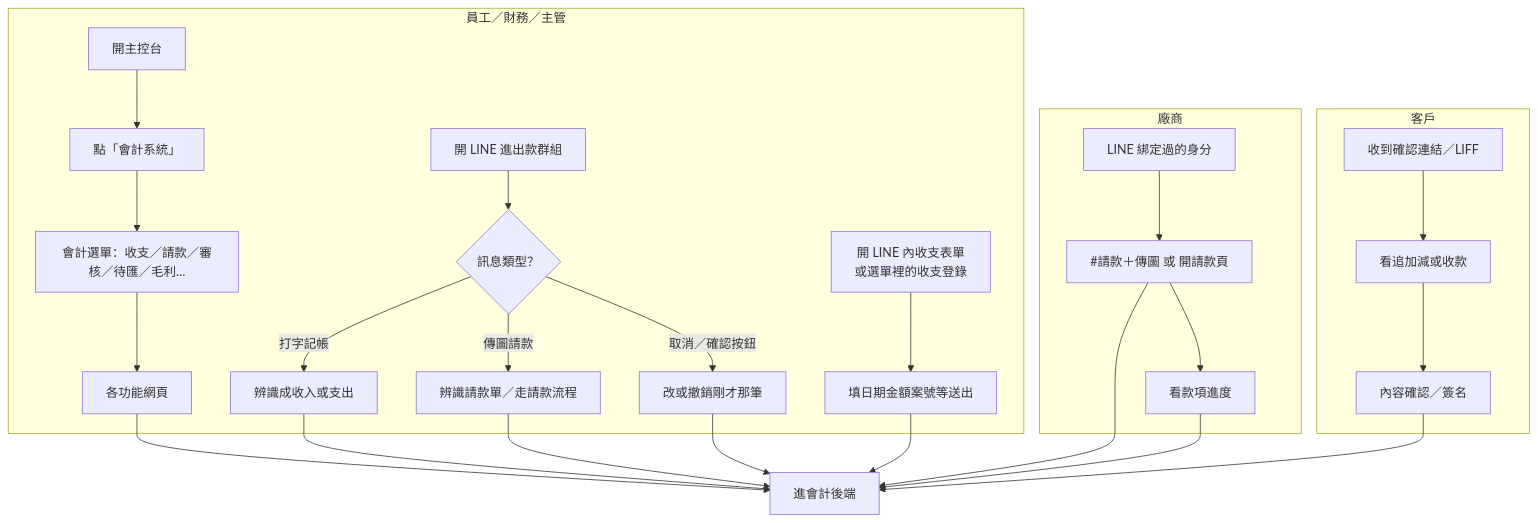
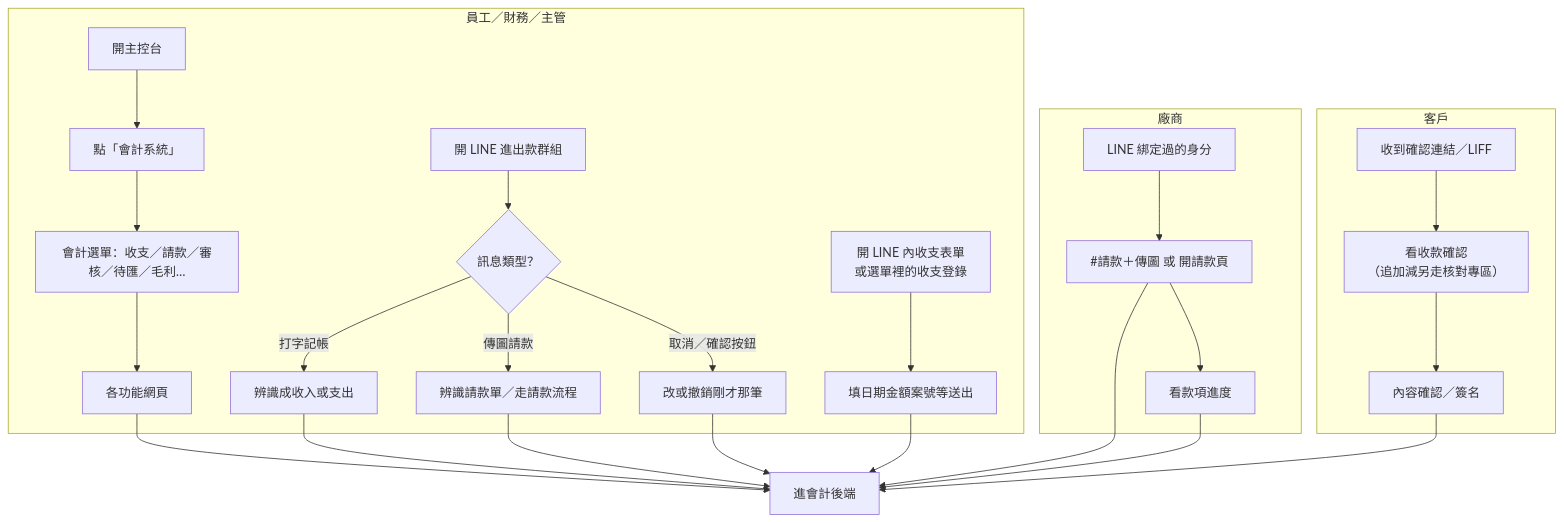
One commit to nephi4377/liff-checkin changed the second of 8 diagrams in SPEC/會計系統架構圖.md. Above: the diagram before and after it, drawn with Mermaid. The commit also changed other lines of this file and 23 other files, not shown here.

````diff
--- a/SPEC/會計系統架構圖.md
+++ b/SPEC/會計系統架構圖.md
@@ -94,26 +94,26 @@
 ```mermaid
 flowchart TB
   subgraph StaffIn["員工／財務／主管"]
     H1["開主控台"] --> H2["點「會計系統」"]
     H2 --> H3["會計選單：收支／請款／審核／待匯／毛利…"]
     H3 --> H4["各功能網頁"]
     L1["開 LINE 進出款群組"] --> L2{"訊息類型？"}
     L2 -->|"打字記帳"| L3["辨識成收入或支出"]
     L2 -->|"傳圖請款"| L4["辨識請款單／走請款流程"]
     L2 -->|"取消／確認按鈕"| L5["改或撤銷剛才那筆"]
     F1["開 LINE 內收支表單<br/>或選單裡的收支登錄"] --> F2["填日期金額案號等送出"]
   end
 
   subgraph VendorIn["廠商"]
     V1["LINE 綁定過的身分"] --> V2["#請款＋傳圖 或 開請款頁"]
     V2 --> V3["看款項進度"]
   end
 
   subgraph CustomerIn["客戶"]
-    C1["收到確認連結／LIFF"] --> C2["看追加減或收款"]
+    C1["收到確認連結／LIFF"] --> C2["看收款確認<br/>（追加減另走核對專區）"]
     C2 --> C3["內容確認／簽名"]
   end
 
   H4 --> BE["進會計後端"]
   L3 & L4 & L5 & F2 & V2 & V3 & C3 --> BE
 ```
````
